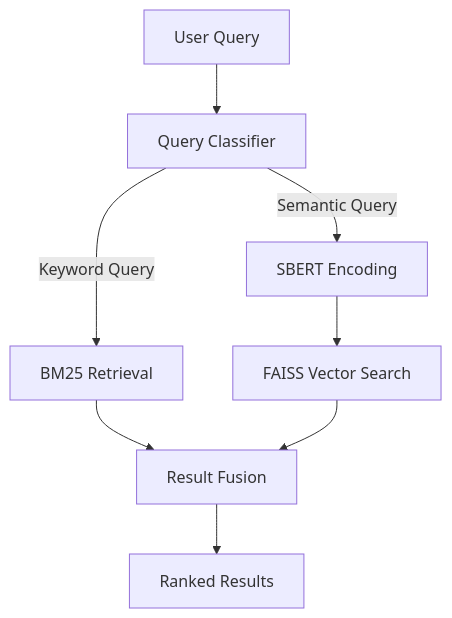
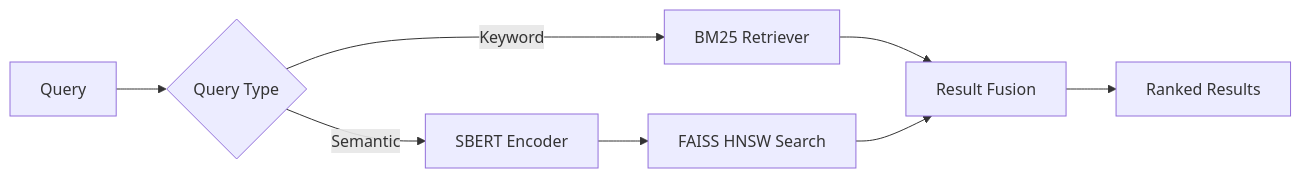
The first of 2 diagrams in knowledgetransfer.md (hua2980/CS6120_project), drawn with Mermaid before and after one commit. The commit also changed other lines of this file and 1 other file, not shown here.

````diff
--- a/knowledgetransfer.md
+++ b/knowledgetransfer.md
@@ -17,10 +19,10 @@
 ```mermaid
-graph TD
-    A[User Query] --> B[Query Classifier]
-    B -->|Semantic Query| C[SBERT Encoding]
-    B -->|Keyword Query| D[BM25 Retrieval]
-    C --> E[FAISS Vector Search]
+graph LR
+    A[Query] --> B{Query Type}
+    B -->|Semantic| C[SBERT Encoder]
+    B -->|Keyword| D[BM25 Retriever]
+    C --> E[FAISS HNSW Search]
     D --> F[Result Fusion]
     E --> F
     F --> G[Ranked Results]
 ```
````
